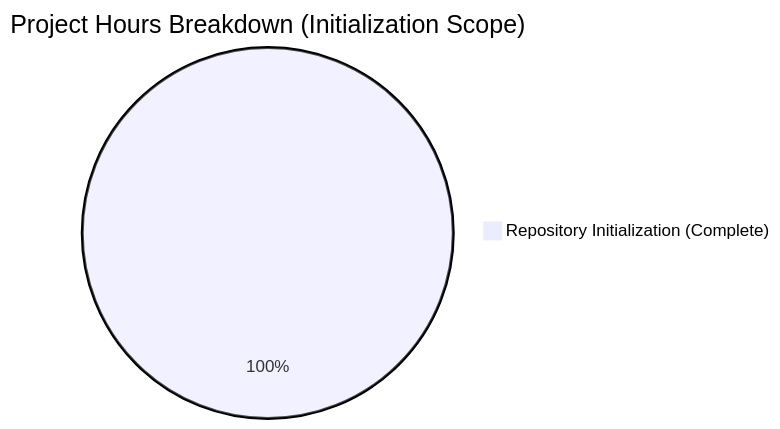
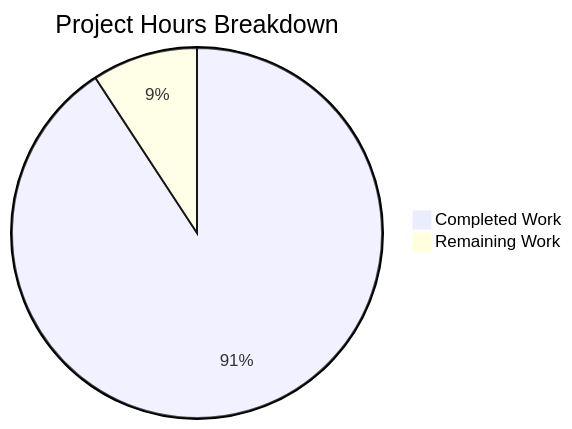
Before and after one commit to ankit-blitzy/test-repo: the diagram in blitzy/documentation/Project Guide.md, drawn with Mermaid. The commit also changed other lines of this file, not shown here.

Commit message:
Adding Blitzy Project Guide: Project Status and Human Tasks Remaining

````diff
--- a/blitzy/documentation/Project Guide.md
+++ b/blitzy/documentation/Project Guide.md
@@ -108,4 +150,5 @@
 ```mermaid
-pie title Project Hours Breakdown (Initialization Scope)
-    "Repository Initialization (Complete)" : 1
+pie title Project Hours Breakdown
+    "Completed Work" : 59
+    "Remaining Work" : 6
 ```
````
